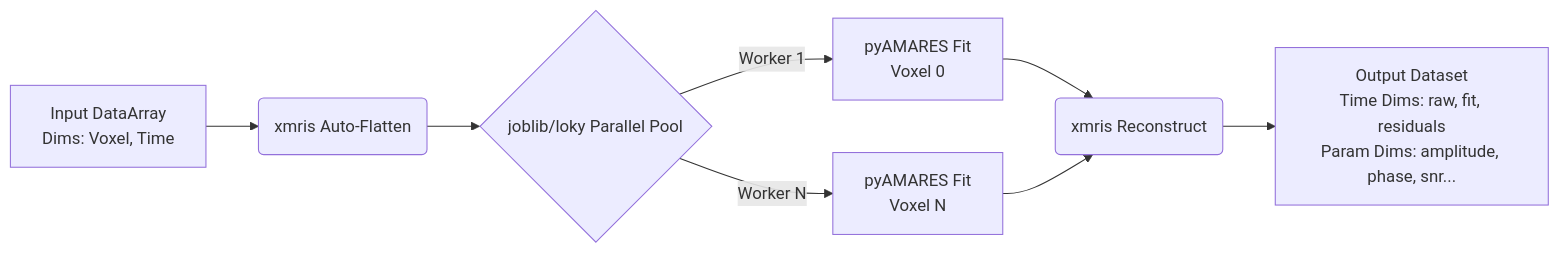
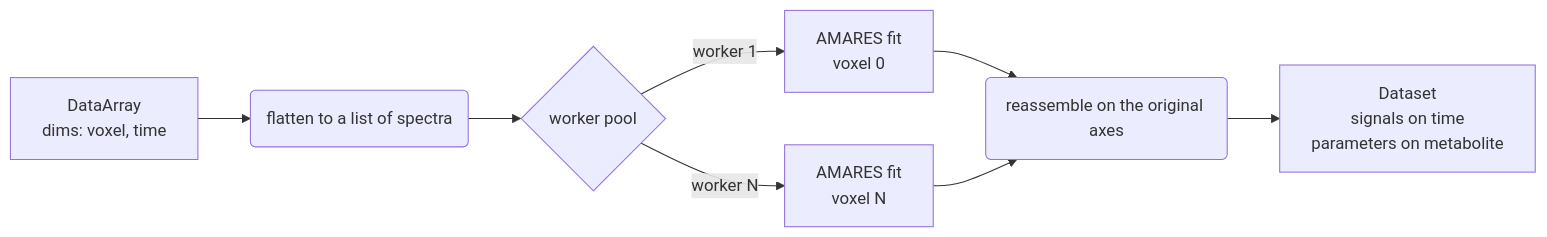
Before and after one commit to andrewendlinger/xmris: the diagram in docs/notebooks/fitting/pyamares.md, drawn with Mermaid. The commit also changed other lines of this file and 5 other files, not shown here.

````diff
--- a/docs/notebooks/fitting/pyamares.md
+++ b/docs/notebooks/fitting/pyamares.md
@@ -52,10 +170,10 @@
 ```{mermaid}
 graph LR
-    A[Input DataArray<br>Dims: Voxel, Time] --> B(xmris Auto-Flatten)
-    B --> C{joblib/loky Parallel Pool}
-    C -->|Worker 1| D[pyAMARES Fit<br>Voxel 0]
-    C -->|Worker N| E[pyAMARES Fit<br>Voxel N]
-    D --> F(xmris Reconstruct)
+    A["DataArray<br>dims: voxel, time"] --> B("flatten to a list of spectra")
+    B --> C{"worker pool"}
+    C -->|"worker 1"| D["AMARES fit<br>voxel 0"]
+    C -->|"worker N"| E["AMARES fit<br>voxel N"]
+    D --> F("reassemble on the original axes")
     E --> F
-    F --> G[Output Dataset<br>Time Dims: raw, fit, residuals<br>Param Dims: amplitude, phase, snr...]
+    F --> G["Dataset<br>signals on time<br>parameters on metabolite"]
 ```
````
